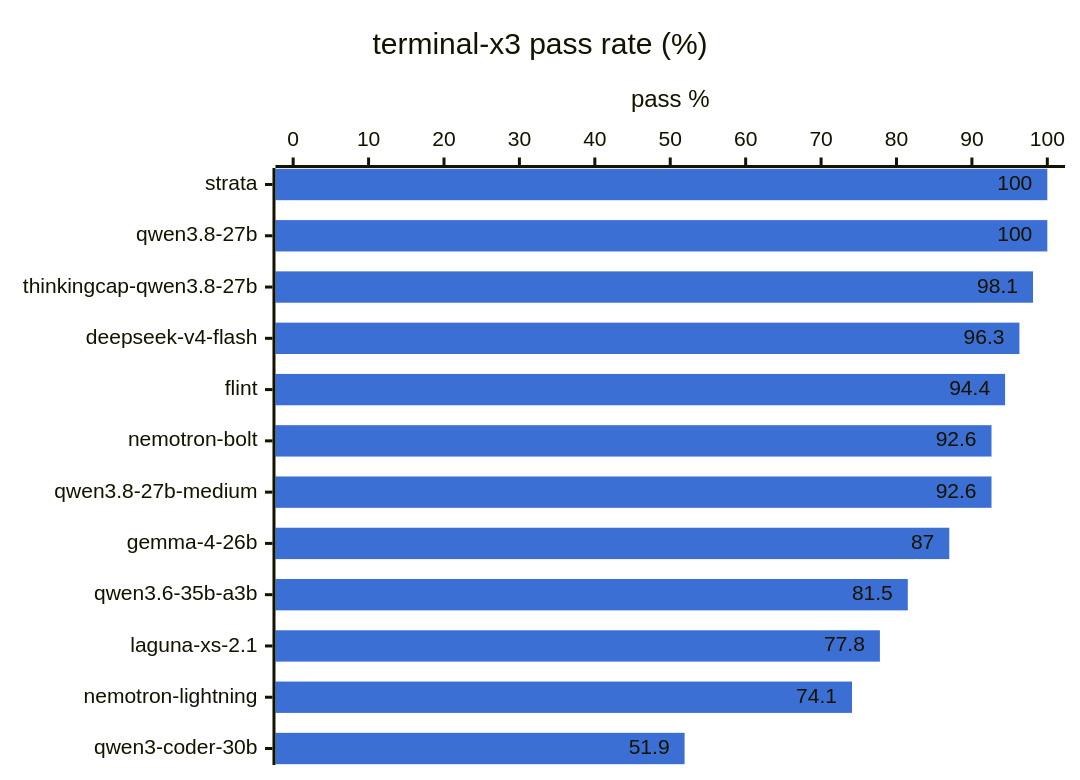
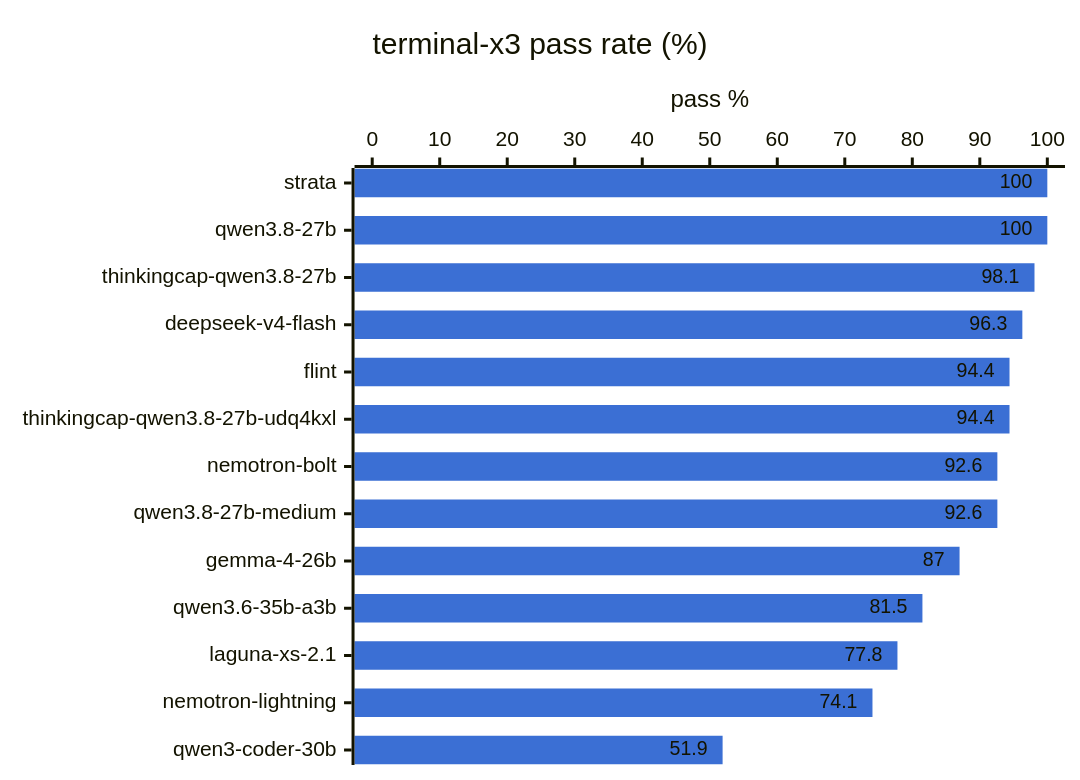
The first of 3 diagrams in RESULTS.md (hofftodd/ai-bench), drawn with Mermaid before and after one commit. The commit also changed other lines of this file and 4 other files, not shown here.

````diff
--- a/RESULTS.md
+++ b/RESULTS.md
@@ -11,8 +11,8 @@
 ```mermaid
 %%{init: {"xyChart": {"showDataLabel": true}, "themeVariables": {"xyChart": {"plotColorPalette": "#3b6fd4"}}}}%%
 xychart-beta horizontal
     title "terminal-x3 pass rate (%)"
-    x-axis ["strata", "qwen3.8-27b", "thinkingcap-qwen3.8-27b", "deepseek-v4-flash", "flint", "nemotron-bolt", "qwen3.8-27b-medium", "gemma-4-26b", "qwen3.6-35b-a3b", "laguna-xs-2.1", "nemotron-lightning", "qwen3-coder-30b"]
+    x-axis ["strata", "qwen3.8-27b", "thinkingcap-qwen3.8-27b", "deepseek-v4-flash", "flint", "thinkingcap-qwen3.8-27b-udq4kxl", "nemotron-bolt", "qwen3.8-27b-medium", "gemma-4-26b", "qwen3.6-35b-a3b", "laguna-xs-2.1", "nemotron-lightning", "qwen3-coder-30b"]
     y-axis "pass %" 0 --> 100
-    bar [100.0, 100.0, 98.1, 96.3, 94.4, 92.6, 92.6, 87.0, 81.5, 77.8, 74.1, 51.9]
+    bar [100.0, 100.0, 98.1, 96.3, 94.4, 94.4, 92.6, 92.6, 87.0, 81.5, 77.8, 74.1, 51.9]
 ```
````
